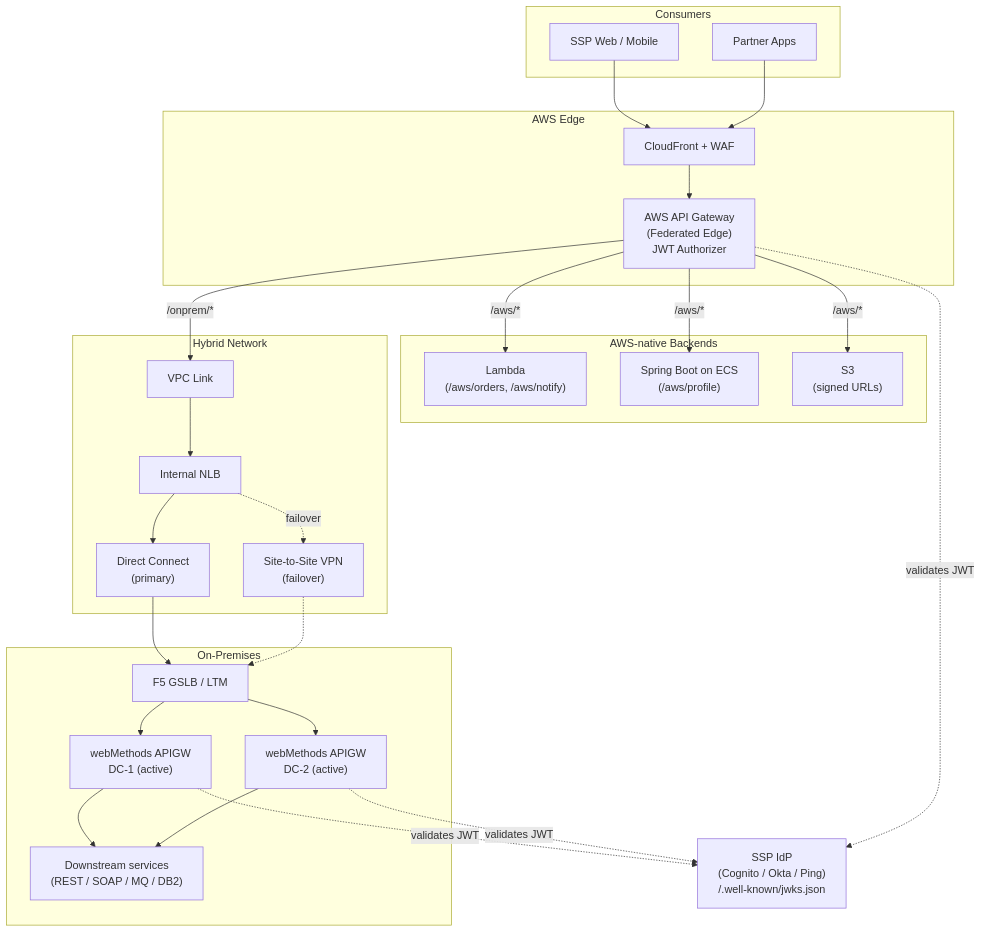
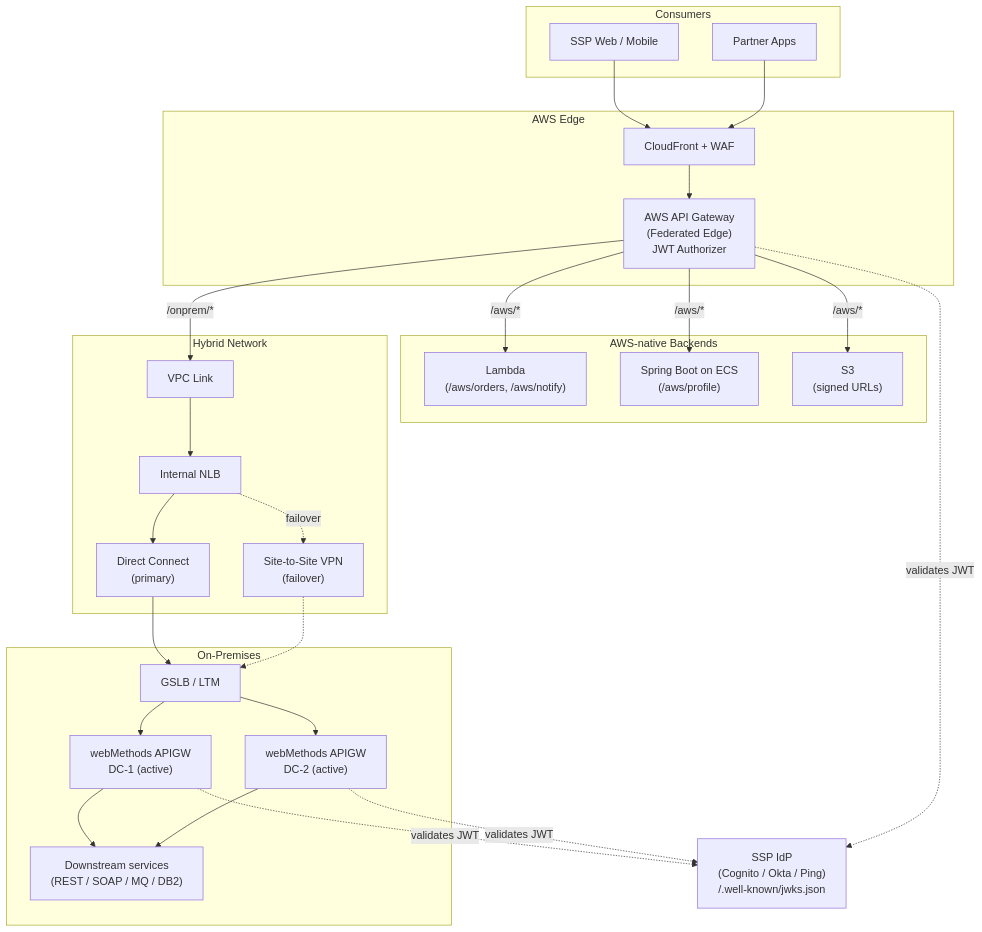
Before and after one commit to kantheti73/aws_ssp_webmethods_onprem: the diagram in docs/01-architecture.md, drawn with Mermaid.

Commit message:
Fix formatting of GSLB label in architecture doc

````diff
--- a/docs/01-architecture.md
+++ b/docs/01-architecture.md
@@ -7,55 +7,55 @@
 ```mermaid
 flowchart TB
     subgraph Users["Consumers"]
         U1["SSP Web / Mobile"]
         U2["Partner Apps"]
     end
 
     subgraph Edge["AWS Edge"]
         CF["CloudFront + WAF"]
         APIGW["AWS API Gateway<br/>(Federated Edge)<br/>JWT Authorizer"]
     end
 
     subgraph AWSBackends["AWS-native Backends"]
         L1["Lambda<br/>(/aws/orders, /aws/notify)"]
         ECS["Spring Boot on ECS<br/>(/aws/profile)"]
         S3["S3<br/>(signed URLs)"]
     end
 
     subgraph Network["Hybrid Network"]
         VPCL["VPC Link"]
         NLB["Internal NLB"]
         DX["Direct Connect<br/>(primary)"]
         VPN["Site-to-Site VPN<br/>(failover)"]
     end
 
     subgraph OnPrem["On-Premises"]
         WM1["webMethods APIGW<br/>DC-1 (active)"]
         WM2["webMethods APIGW<br/>DC-2 (active)"]
-        GSLB["F5 GSLB / LTM"]
+        GSLB[" GSLB / LTM"]
         BACK["Downstream services<br/>(REST / SOAP / MQ / DB2)"]
     end
 
     IdP["SSP IdP<br/>(Cognito / Okta / Ping)<br/>/.well-known/jwks.json"]
 
     U1 --> CF
     U2 --> CF
     CF --> APIGW
     APIGW -- "/aws/*" --> L1
     APIGW -- "/aws/*" --> ECS
     APIGW -- "/aws/*" --> S3
     APIGW -- "/onprem/*" --> VPCL
     VPCL --> NLB
     NLB --> DX
     NLB -.failover.-> VPN
     DX --> GSLB
     VPN -.-> GSLB
     GSLB --> WM1
     GSLB --> WM2
     WM1 --> BACK
     WM2 --> BACK
 
     APIGW -. validates JWT .-> IdP
     WM1 -. validates JWT .-> IdP
     WM2 -. validates JWT .-> IdP
 ```
````
